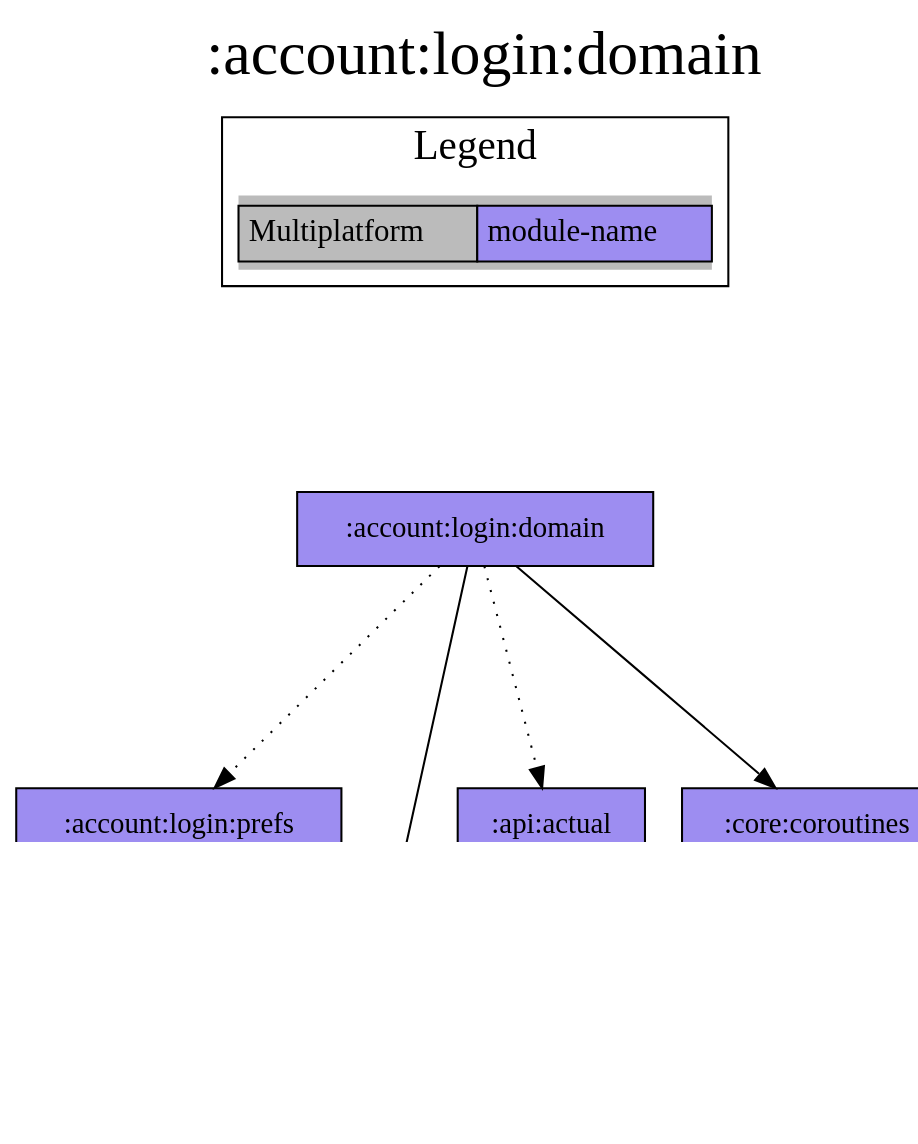
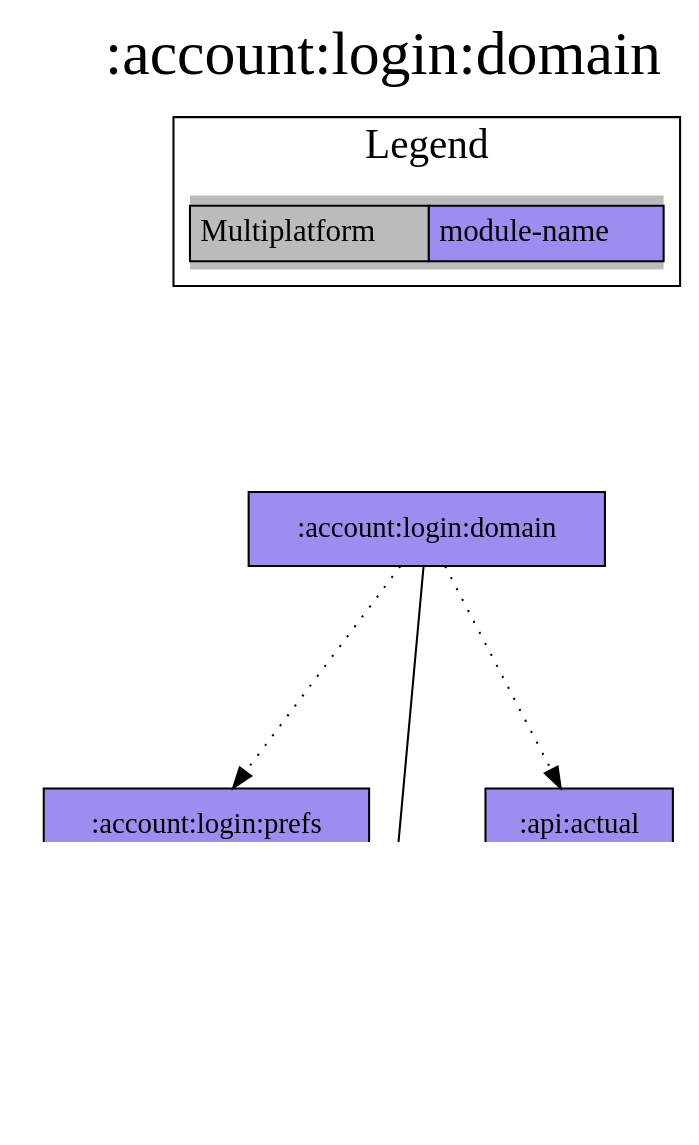
The diagram in modules/account/login/domain/project-dependency-graph.dot (jonapoul/aktual), drawn with Graphviz before and after one commit. The commit also changed 116 other files, not shown here.

```diff
--- a/modules/account/login/domain/project-dependency-graph.dot
+++ b/modules/account/login/domain/project-dependency-graph.dot
@@ -1,31 +1,29 @@
 digraph {
 edge ["dir"="forward"]
 graph ["dpi"="100","label"=":account:login:domain","labelloc"="t","fontsize"="30","ranksep"="1.5","rankdir"="TB"]
 node ["style"="filled"]
 ":account:login:domain" ["fillcolor"="#9D8DF1","shape"="box"]
 ":account:login:prefs" ["fillcolor"="#9D8DF1","shape"="box"]
 ":account:model" ["fillcolor"="#9D8DF1","shape"="box"]
 ":api:actual" ["fillcolor"="#9D8DF1","shape"="box"]
-":core:coroutines" ["fillcolor"="#9D8DF1","shape"="box"]
 ":url:model" ["fillcolor"="#9D8DF1","shape"="box"]
 {
 edge ["dir"="none"]
 graph ["rank"="same"]
 }
 ":account:login:domain" -> ":account:login:prefs" ["style"="dotted"]
 ":account:login:domain" -> ":account:model"
 ":account:login:domain" -> ":api:actual" ["style"="dotted"]
-":account:login:domain" -> ":core:coroutines"
 ":account:login:prefs" -> ":account:model"
 ":api:actual" -> ":account:model"
 ":api:actual" -> ":url:model"
 subgraph "cluster_legend" {
 edge ["dir"="none"]
 graph ["label"="Legend","fontsize"="20"]
 "Legend" ["style"="filled","fillcolor"="#bbbbbb","shape"="none","margin"="0","fontsize"="15","label"=<
 <TABLE BORDER="0" CELLBORDER="1" CELLSPACING="0" CELLPADDING="4">
 <TR><TD>Multiplatform</TD><TD BGCOLOR="#9D8DF1">module-name</TD></TR>
 </TABLE>
 >]
 } -> ":account:login:domain" ["style"="invis"]
 }
```
